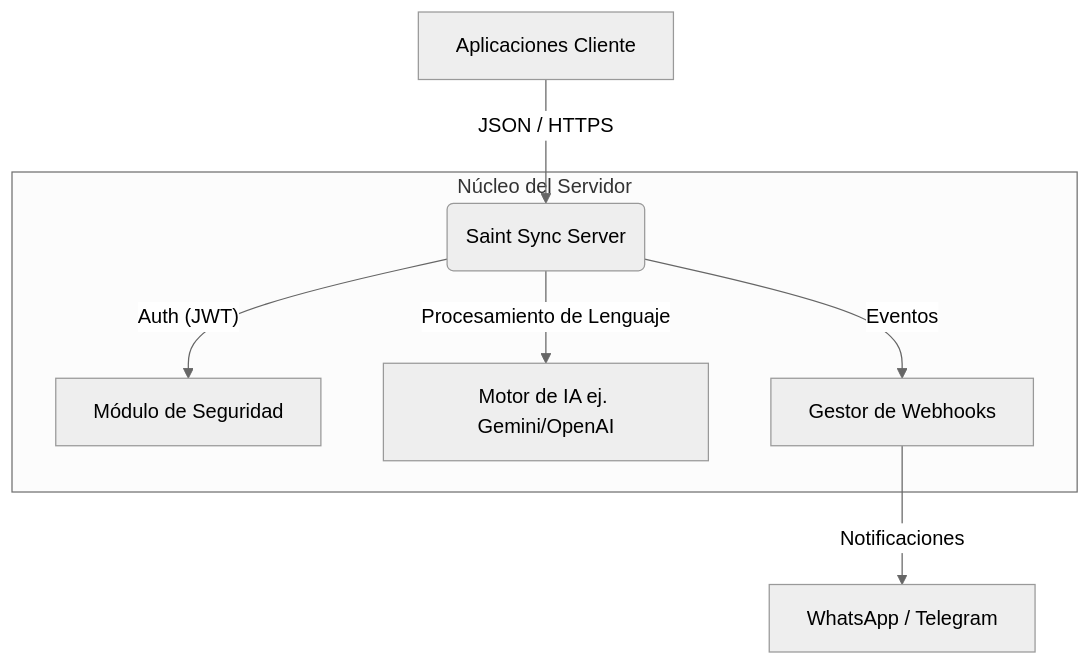
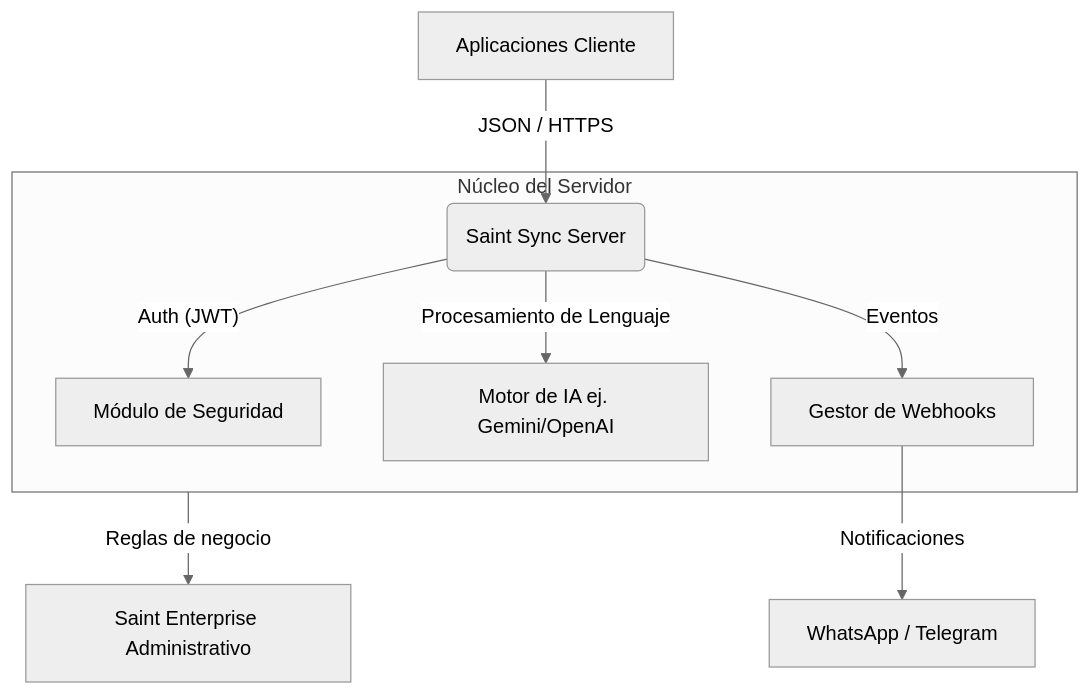
Before and after one commit to sacosta1705/Saint-Servidor-Web: the diagram in docs/descripcion_arquitectura.md, drawn with Mermaid (neutral theme).

Commit message:
Correción grafo

````diff
--- a/docs/descripcion_arquitectura.md
+++ b/docs/descripcion_arquitectura.md
@@ -13,12 +13,15 @@
 ```mermaid
-graph TD
-    Client[Aplicaciones Cliente] -->|JSON / HTTPS| SyncServer(Saint Sync Server)
-    
-    subgraph "Núcleo del Servidor"
-        SyncServer -->|"Auth (JWT)"| Security[Módulo de Seguridad]
-        SyncServer -->|Procesamiento de Lenguaje| AI["Motor de IA ej. Gemini/OpenAI"]
-        SyncServer -->|Eventos| Webhooks[Gestor de Webhooks]
-    end
-
-    Webhooks -->|Notificaciones| Messaging[WhatsApp / Telegram]
+flowchart TB
+ subgraph subGraph0["Núcleo del Servidor"]
+        Security["Módulo de Seguridad"]
+        SyncServer("Saint Sync Server")
+        AI["Motor de IA ej. Gemini/OpenAI"]
+        Webhooks["Gestor de Webhooks"]
+  end
+    Client["Aplicaciones Cliente"] -- JSON / HTTPS --> SyncServer
+    SyncServer -- Auth (JWT) --> Security
+    SyncServer -- Procesamiento de Lenguaje --> AI
+    SyncServer -- Eventos --> Webhooks
+    Webhooks -- Notificaciones --> Messaging["WhatsApp / Telegram"]
+    subGraph0 -- Reglas de negocio --> n1["Saint Enterprise Administrativo"]
 ```
````
